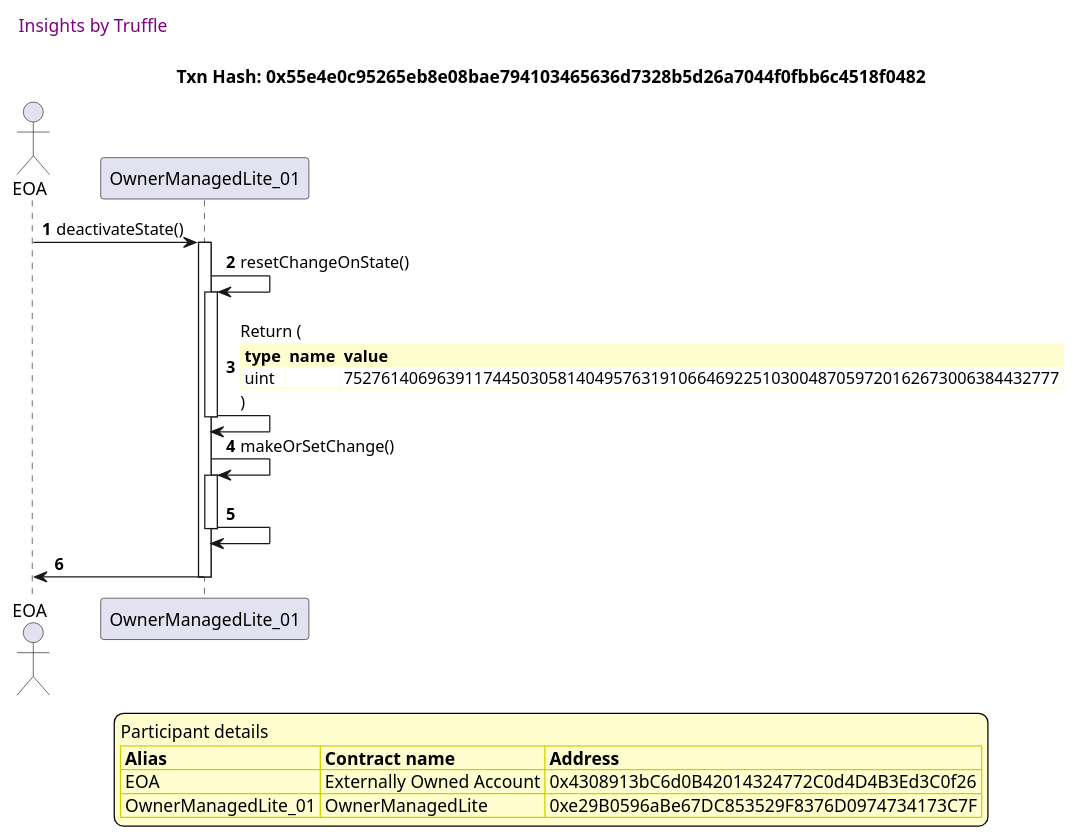
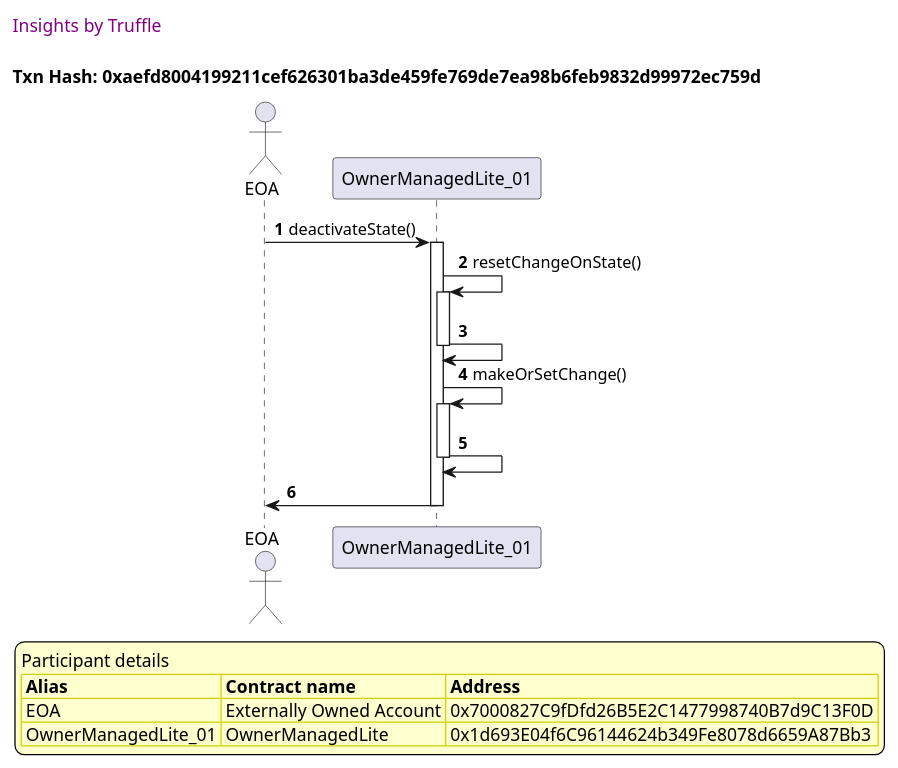
The sixth of 31 diagrams in truffle-seq/OwnerManagedLite_test_griefing_prevention.md (thedarkjester/ConsensysAssignment), drawn with PlantUML before and after one commit. The commit also changed other lines of this file and 13 other files, not shown here.

````diff
--- a/truffle-seq/OwnerManagedLite_test_griefing_prevention.md
+++ b/truffle-seq/OwnerManagedLite_test_griefing_prevention.md
@@ -276,44 +257,41 @@
 ```plantuml
 
 
 @startuml
 
 autonumber
 skinparam legendBackgroundColor #FEFECE
 
 <style>
       header {
         HorizontalAlignment left
         FontColor purple
         FontSize 14
         Padding 10
       }
     </style>
 
 header Insights by Truffle
 
-title Txn Hash: 0x55e4e0c95265eb8e08bae794103465636d7328b5d26a7044f0fbb6c4518f0482
+title Txn Hash: 0xaefd8004199211cef626301ba3de459fe769de7ea98b6feb9832d99972ec759d
 
 
 actor EOA as "EOA"
 participant OwnerManagedLite_01 as "OwnerManagedLite_01"
 
 "EOA" -> "OwnerManagedLite_01" ++: deactivateState()
 "OwnerManagedLite_01" -> "OwnerManagedLite_01" ++: resetChangeOnState()
-"OwnerManagedLite_01" -> "OwnerManagedLite_01" --: Return (\n\
-<#FEFECE,#FEFECE>|= type |= name |= value |\n\
-| uint |  | 75276140696391174450305814049576319106646922510300487059720162673006384432777 |\n\
-)
+"OwnerManagedLite_01" -> "OwnerManagedLite_01" --: 
 "OwnerManagedLite_01" -> "OwnerManagedLite_01" ++: makeOrSetChange()
 "OwnerManagedLite_01" -> "OwnerManagedLite_01" --: 
 "OwnerManagedLite_01" -> "EOA" --: 
 
 legend
 Participant details
 <#FEFECE,#D0D000>|= Alias |= Contract name |= Address |
-<#FEFECE>| EOA | Externally Owned Account | 0x4308913bC6d0B42014324772C0d4D4B3Ed3C0f26 |
-<#FEFECE>| OwnerManagedLite_01 | OwnerManagedLite | 0xe29B0596aBe67DC853529F8376D0974734173C7F |
+<#FEFECE>| EOA | Externally Owned Account | 0x7000827C9fDfd26B5E2C1477998740B7d9C13F0D |
+<#FEFECE>| OwnerManagedLite_01 | OwnerManagedLite | 0x1d693E04f6C96144624b349Fe8078d6659A87Bb3 |
 endlegend
 
 @enduml
 ```
````
